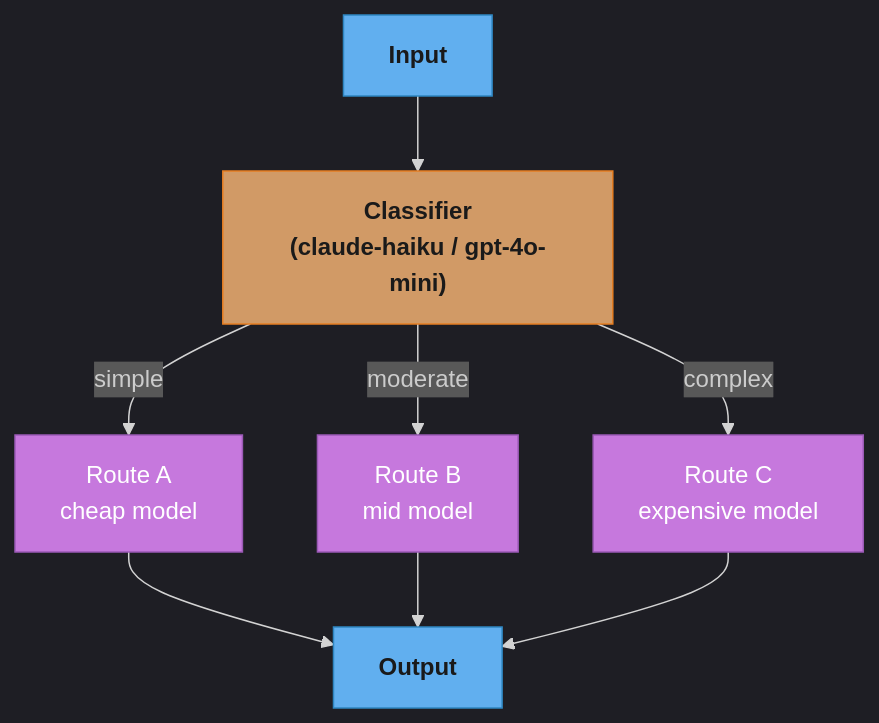
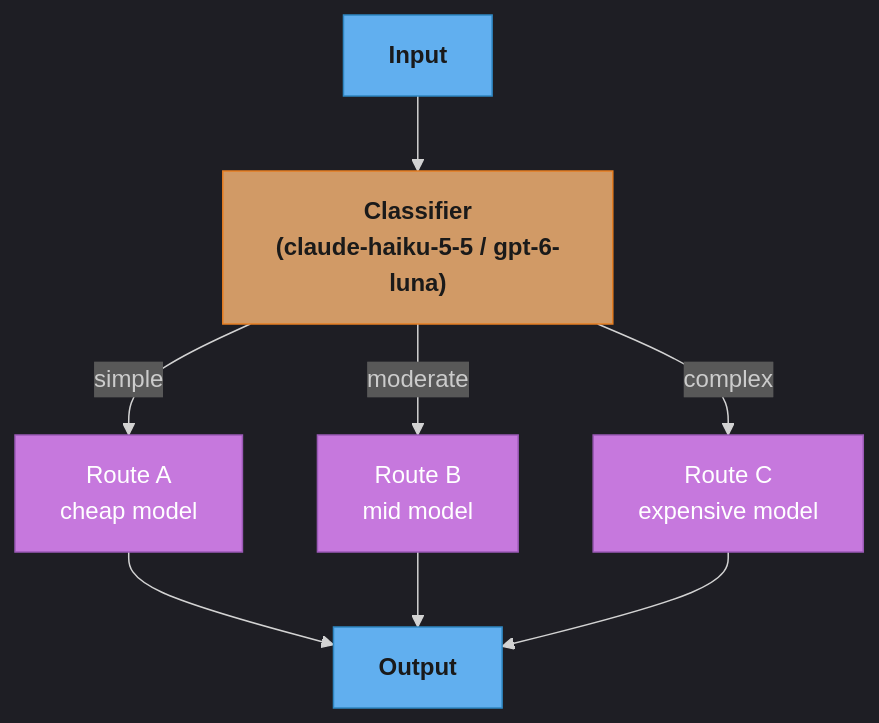
The second of 7 diagrams in src/main/java/com/rutik/systemdesign/llm/agentic_workflow_patterns/agentic_workflow_patterns.md (rppol/system-design), drawn with Mermaid before and after one commit. The commit also changed other lines of this file and 70 other files, not shown here.

````diff
--- a/src/main/java/com/rutik/systemdesign/llm/agentic_workflow_patterns/agentic_workflow_patterns.md
+++ b/src/main/java/com/rutik/systemdesign/llm/agentic_workflow_patterns/agentic_workflow_patterns.md
@@ -595,28 +595,28 @@
 ```mermaid
 %%{init: {'flowchart': {'curve': 'basis'}, 'theme': 'dark'}}%%
 flowchart TD
     classDef io      fill:#61afef,stroke:#2e86c1,color:#1a1a1a,font-weight:bold
     classDef frozen  fill:#c678dd,stroke:#9b59b6,color:#fff
     classDef train   fill:#98c379,stroke:#27ae60,color:#1a1a1a
     classDef mathOp  fill:#d19a66,stroke:#e67e22,color:#1a1a1a,font-weight:bold
     classDef lossN   fill:#e06c75,stroke:#c0392b,color:#fff,font-weight:bold
     classDef req     fill:#56b6c2,stroke:#0097a7,color:#1a1a1a
     classDef base    fill:#e5c07b,stroke:#f39c12,color:#1a1a1a
 
     IN["Input"]
-    CLS["Classifier\n(claude-haiku / gpt-4o-mini)"]
+    CLS["Classifier\n(claude-haiku-5-5 / gpt-6-luna)"]
     RA["Route A\ncheap model"]
     RB["Route B\nmid model"]
     RC["Route C\nexpensive model"]
     OUT["Output"]
 
     IN --> CLS
     CLS -->|"simple"| RA
     CLS -->|"moderate"| RB
     CLS -->|"complex"| RC
     RA & RB & RC --> OUT
 
     class IN,OUT io
     class CLS mathOp
     class RA,RB,RC frozen
 ```
````
